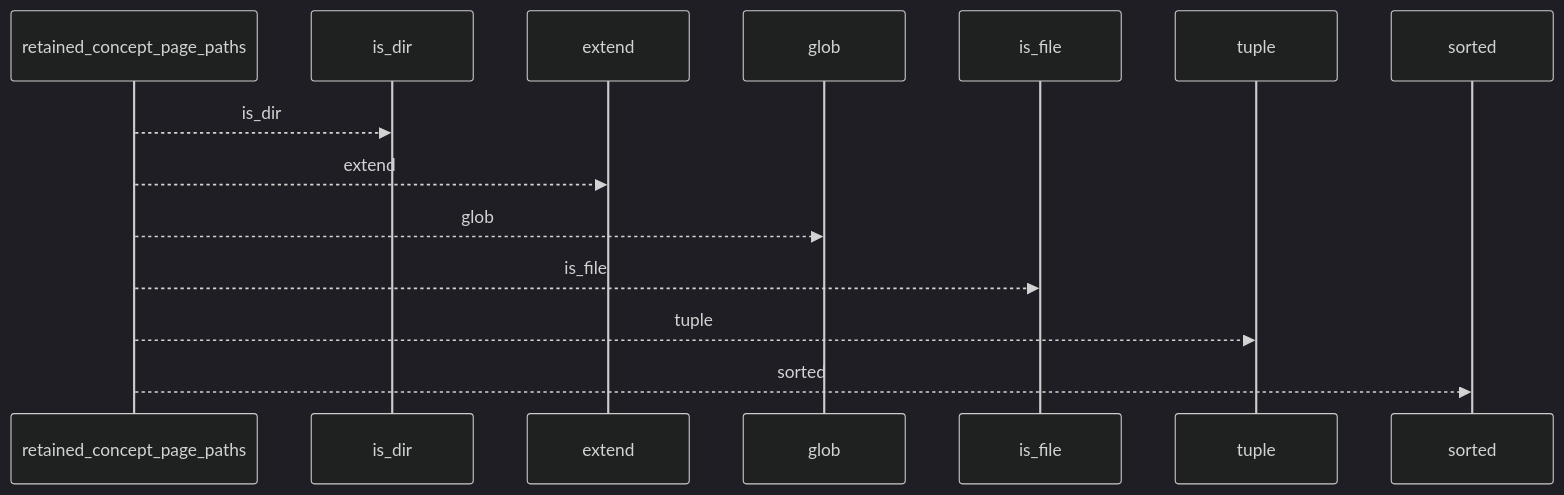
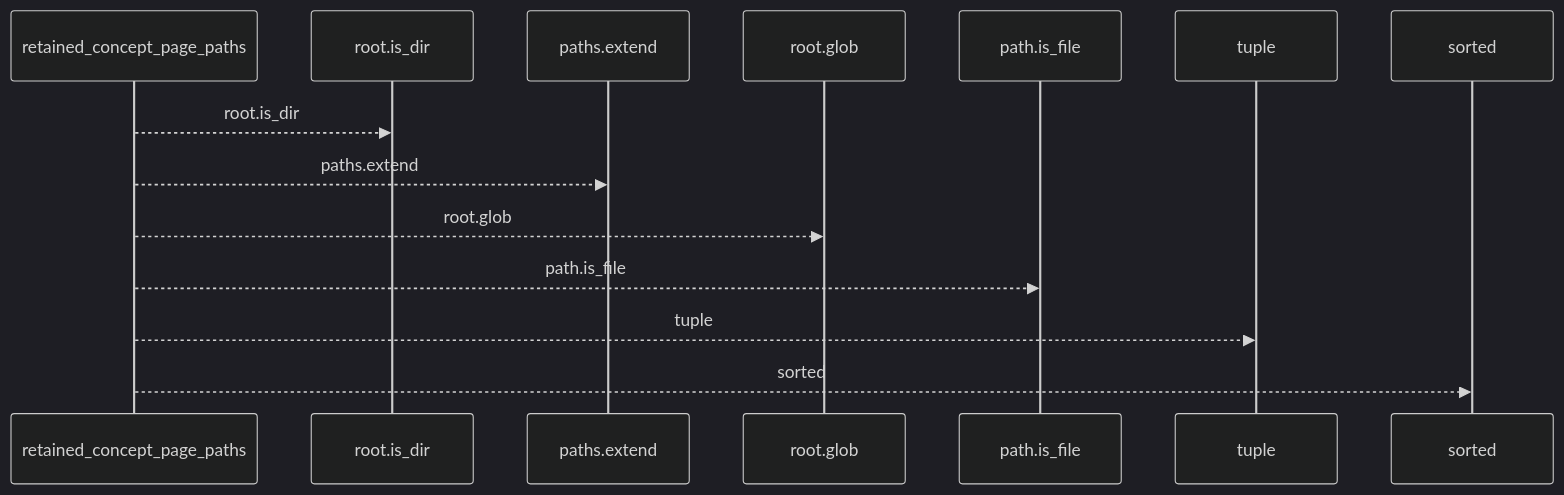
The first of 2 diagrams in docs/llm_wiki/flows/api-retained_concept_page_paths.md (Denissvgn/python-wiki-llm), drawn with Mermaid (dark theme) before and after one commit. The commit also changed other lines of this file and 719 other files, not shown here.

````diff
--- a/docs/llm_wiki/flows/api-retained_concept_page_paths.md
+++ b/docs/llm_wiki/flows/api-retained_concept_page_paths.md
@@ -10,16 +10,16 @@
 ```mermaid
 sequenceDiagram
     participant p0 as retained_concept_page_paths
-    participant p1 as is_dir
-    participant p2 as extend
-    participant p3 as glob
-    participant p4 as is_file
+    participant p1 as root.is_dir
+    participant p2 as paths.extend
+    participant p3 as root.glob
+    participant p4 as path.is_file
     participant p5 as tuple
     participant p6 as sorted
-    p0-->>p1: is_dir
-    p0-->>p2: extend
-    p0-->>p3: glob
-    p0-->>p4: is_file
+    p0-->>p1: root.is_dir
+    p0-->>p2: paths.extend
+    p0-->>p3: root.glob
+    p0-->>p4: path.is_file
     p0-->>p5: tuple
     p0-->>p6: sorted
 ```
````
